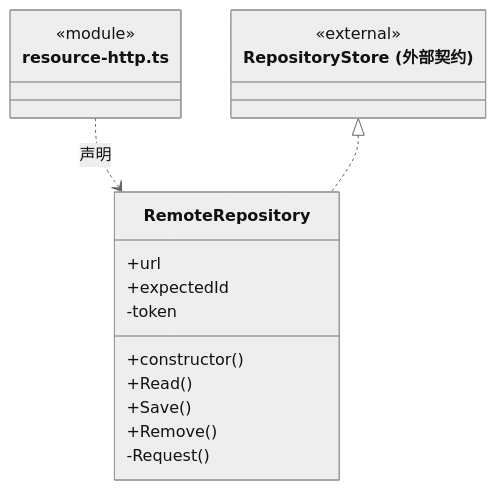
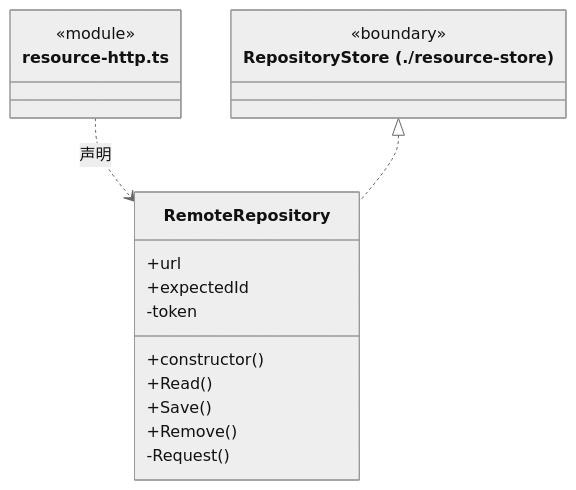
Before and after one commit to nan023062/cbim: the third of 8 diagrams in src/logic/resources/service/ARCHITECTURE.md, drawn with Mermaid (neutral theme). The commit also changed other lines of this file and 112 other files, not shown here.

Commit message:
docs: align source architecture with current declarations and contracts

````diff
--- a/src/logic/resources/service/ARCHITECTURE.md
+++ b/src/logic/resources/service/ARCHITECTURE.md
@@ -90,21 +90,21 @@
 ```mermaid
 classDiagram
 class N_src_logic_resources_service_resource_http_ts["resource-http.ts"] {
   <<module>>
 }
 class N_src_logic_resources_service_resource_http_ts_RemoteRepository["RemoteRepository"] {
   +url
   +expectedId
   +constructor()
   +Read()
   +Save()
   +Remove()
   -token
   -Request()
 }
 N_src_logic_resources_service_resource_http_ts ..> N_src_logic_resources_service_resource_http_ts_RemoteRepository : 声明
-class N_src_logic_resources_service_resource_http_ts_external_RepositoryStore["RepositoryStore (外部契约)"] {
-  <<external>>
+class N_src_logic_resources_service_resource_http_ts_external_RepositoryStore["RepositoryStore (./resource-store)"] {
+  <<boundary>>
 }
 N_src_logic_resources_service_resource_http_ts_external_RepositoryStore <|.. N_src_logic_resources_service_resource_http_ts_RemoteRepository
 ```
````
